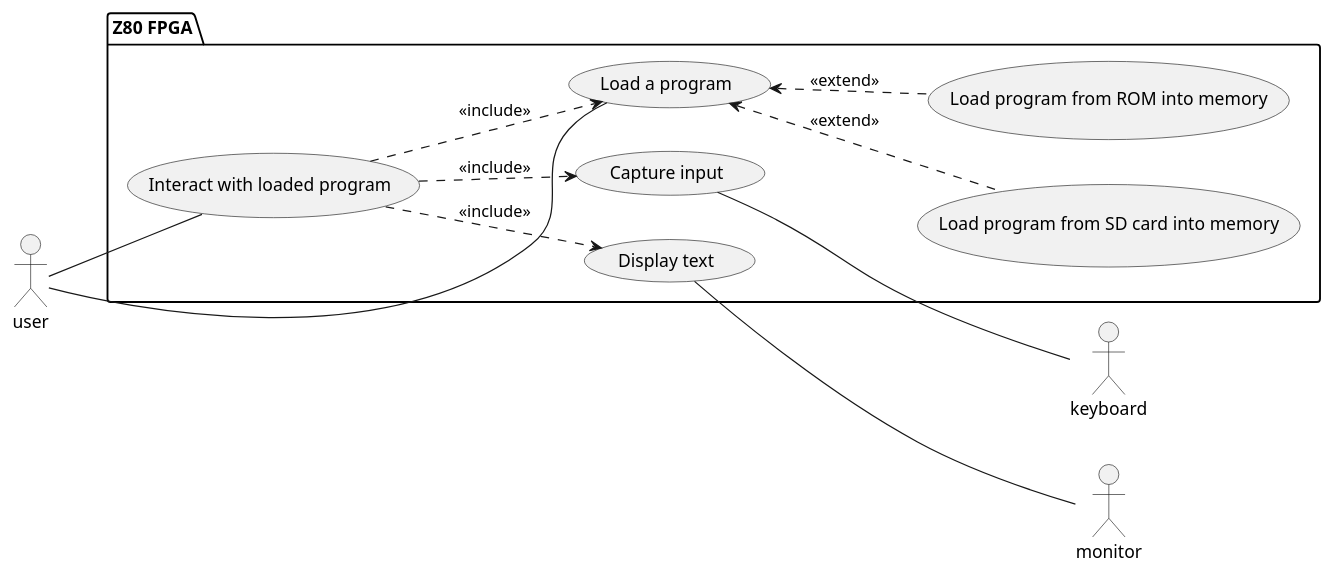
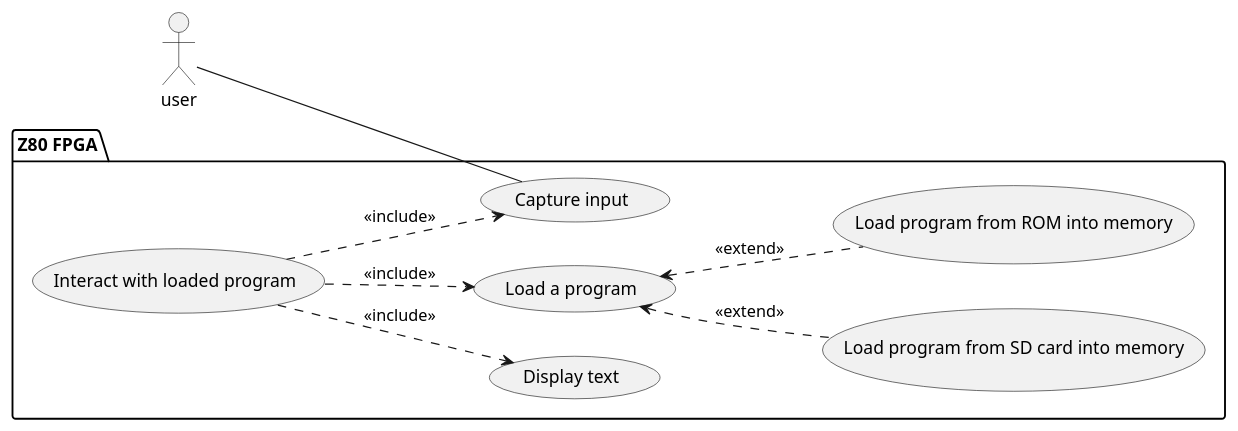
Before and after one commit to waridh/capstone-diagrams: the diagram in src/pdd/use-case/z80-usecase.puml, drawn with PlantUML. The commit also changed 1 other file, not shown here.

Commit message:
updated the gantt chart

```diff
--- a/src/pdd/use-case/z80-usecase.puml
+++ b/src/pdd/use-case/z80-usecase.puml
@@ -1,23 +1,18 @@
 @startuml
 left to right direction
 :user:
-:monitor:
-:keyboard:
 package "Z80 FPGA" as z80 {
         usecase "Interact with loaded program" as interact_use
         usecase "Capture input" as cinput
         usecase "Display text" as dout
         usecase "Load a program" as load
         usecase "Load program from SD card into memory" as load_sd
         usecase "Load program from ROM into memory" as load_rom
 }
-:user: -- interact_use
-:user: -- load
+:user: -- cinput
 interact_use ..> cinput : <<include>>
 interact_use ..> dout : <<include>>
 interact_use ..> load : <<include>>
 load <.. load_rom : <<extend>>
 load <.. load_sd : <<extend>>
-cinput -- :keyboard:
-dout -- :monitor:
 @enduml
```
